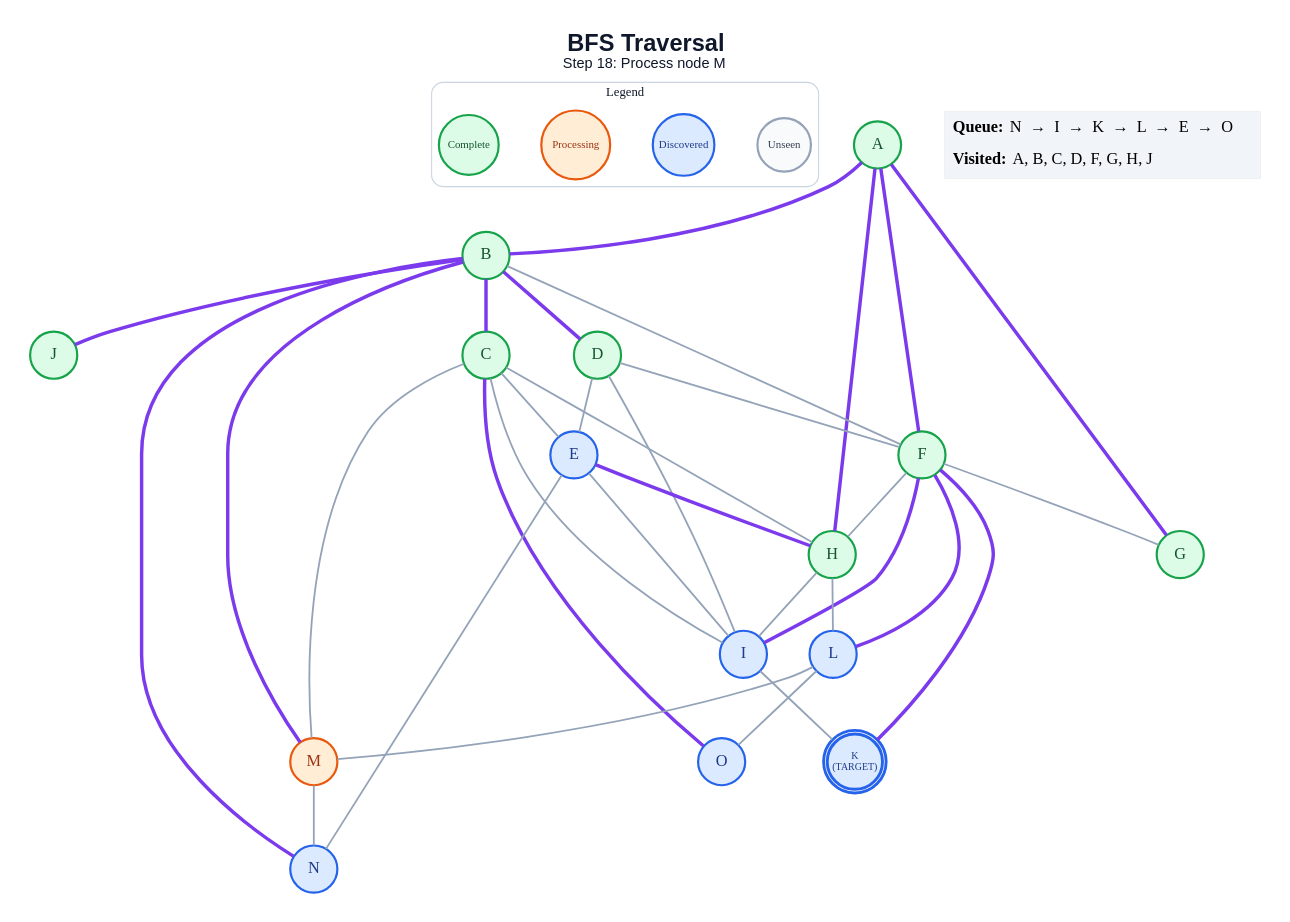
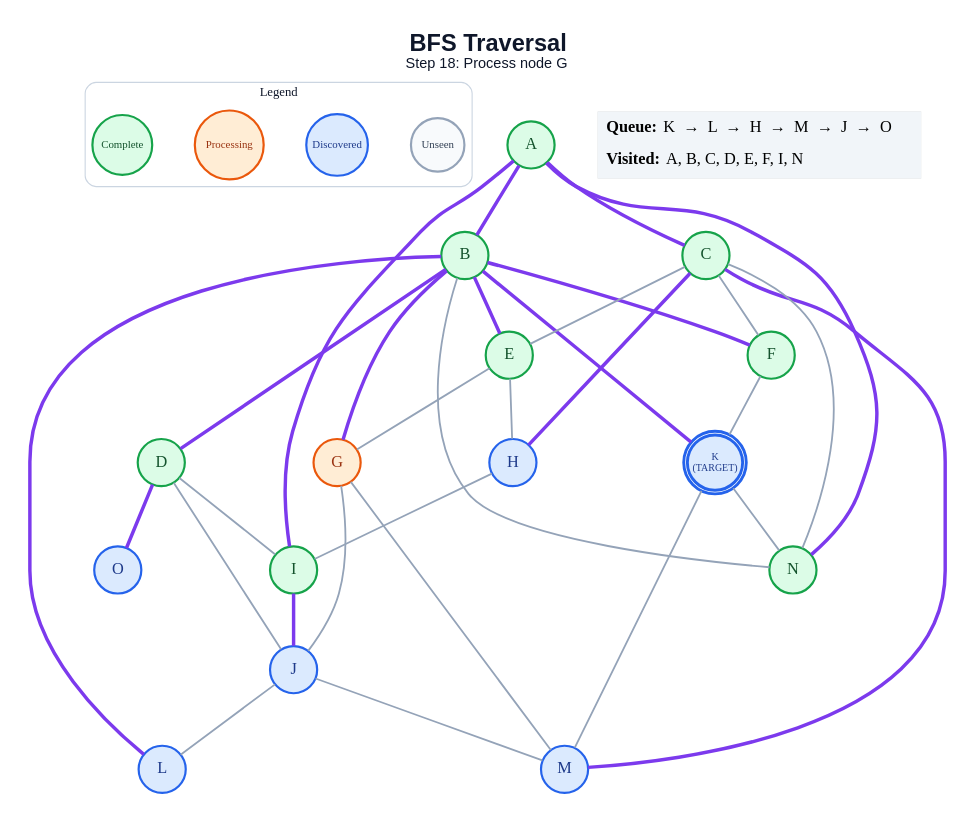
Before and after one commit to anon7238593-create/ai-slop: the diagram in generated/bfs/step_18.dot, drawn with Graphviz. The commit also changed 257 other files, not shown here.

```diff
--- a/generated/bfs/step_18.dot
+++ b/generated/bfs/step_18.dot
@@ -1,66 +1,64 @@
 graph traversal {
   graph [layout=dot, rankdir=TB, bgcolor="#FFFFFF", pad="0.35", nodesep="0.65", ranksep="0.8", fontname="Arial"];
   node [shape=circle, style="filled", fontname="Arial Bold", fontsize=18, width=0.72, fixedsize=true, penwidth=2.4];
   edge [color="#94A3B8", penwidth=2.0];
-  label=<<B>BFS Traversal</B><BR/><FONT POINT-SIZE="16">Step 18: Process node M</FONT>>; labelloc="t"; fontsize=26; fontname="Arial"; fontcolor="#0F172A";
+  label=<<B>BFS Traversal</B><BR/><FONT POINT-SIZE="16">Step 18: Process node G</FONT>>; labelloc="t"; fontsize=26; fontname="Arial"; fontcolor="#0F172A";
   subgraph cluster_legend { label="Legend"; color="#CBD5E1"; penwidth=1.2; style="rounded"; fontsize=14; fontname="Arial Bold";
     key_unseen [label="Unseen", fillcolor="#F8FAFC", color="#94A3B8", fontcolor="#334155", fontsize=12, width=0.82];
     key_frontier [label="Discovered", fillcolor="#DBEAFE", color="#2563EB", fontcolor="#1E3A8A", fontsize=12, width=0.95];
     key_current [label="Processing", fillcolor="#FFEDD5", color="#EA580C", fontcolor="#9A3412", fontsize=12, width=1.05];
     key_done [label="Complete", fillcolor="#DCFCE7", color="#16A34A", fontcolor="#14532D", fontsize=12, width=0.92];
     { rank=same; key_unseen; key_frontier; key_current; key_done; }
   }
   A [label="A", fillcolor="#DCFCE7", color="#16A34A", fontcolor="#14532D", peripheries=1, penwidth=2.4];
   B [label="B", fillcolor="#DCFCE7", color="#16A34A", fontcolor="#14532D", peripheries=1, penwidth=2.4];
   C [label="C", fillcolor="#DCFCE7", color="#16A34A", fontcolor="#14532D", peripheries=1, penwidth=2.4];
   D [label="D", fillcolor="#DCFCE7", color="#16A34A", fontcolor="#14532D", peripheries=1, penwidth=2.4];
-  E [label="E", fillcolor="#DBEAFE", color="#2563EB", fontcolor="#1E3A8A", peripheries=1, penwidth=2.4];
+  E [label="E", fillcolor="#DCFCE7", color="#16A34A", fontcolor="#14532D", peripheries=1, penwidth=2.4];
   F [label="F", fillcolor="#DCFCE7", color="#16A34A", fontcolor="#14532D", peripheries=1, penwidth=2.4];
-  G [label="G", fillcolor="#DCFCE7", color="#16A34A", fontcolor="#14532D", peripheries=1, penwidth=2.4];
-  H [label="H", fillcolor="#DCFCE7", color="#16A34A", fontcolor="#14532D", peripheries=1, penwidth=2.4];
-  I [label="I", fillcolor="#DBEAFE", color="#2563EB", fontcolor="#1E3A8A", peripheries=1, penwidth=2.4];
-  J [label="J", fillcolor="#DCFCE7", color="#16A34A", fontcolor="#14532D", peripheries=1, penwidth=2.4];
+  G [label="G", fillcolor="#FFEDD5", color="#EA580C", fontcolor="#9A3412", peripheries=1, penwidth=2.4];
+  H [label="H", fillcolor="#DBEAFE", color="#2563EB", fontcolor="#1E3A8A", peripheries=1, penwidth=2.4];
+  I [label="I", fillcolor="#DCFCE7", color="#16A34A", fontcolor="#14532D", peripheries=1, penwidth=2.4];
+  J [label="J", fillcolor="#DBEAFE", color="#2563EB", fontcolor="#1E3A8A", peripheries=1, penwidth=2.4];
   K [label="K\n(TARGET)", fillcolor="#DBEAFE", color="#2563EB", fontcolor="#1E3A8A", peripheries=2, penwidth=3.2, fontsize=11, width=0.85, height=0.85];
   L [label="L", fillcolor="#DBEAFE", color="#2563EB", fontcolor="#1E3A8A", peripheries=1, penwidth=2.4];
-  M [label="M", fillcolor="#FFEDD5", color="#EA580C", fontcolor="#9A3412", peripheries=1, penwidth=2.4];
-  N [label="N", fillcolor="#DBEAFE", color="#2563EB", fontcolor="#1E3A8A", peripheries=1, penwidth=2.4];
+  M [label="M", fillcolor="#DBEAFE", color="#2563EB", fontcolor="#1E3A8A", peripheries=1, penwidth=2.4];
+  N [label="N", fillcolor="#DCFCE7", color="#16A34A", fontcolor="#14532D", peripheries=1, penwidth=2.4];
   O [label="O", fillcolor="#DBEAFE", color="#2563EB", fontcolor="#1E3A8A", peripheries=1, penwidth=2.4];
   A -- B [color="#7C3AED", penwidth=3.8];
-  A -- F [color="#7C3AED", penwidth=3.8];
-  A -- G [color="#7C3AED", penwidth=3.8];
-  A -- H [color="#7C3AED", penwidth=3.8];
-  B -- C [color="#7C3AED", penwidth=3.8];
+  A -- C [color="#7C3AED", penwidth=3.8];
+  A -- I [color="#7C3AED", penwidth=3.8];
+  A -- N [color="#7C3AED", penwidth=3.8];
   B -- D [color="#7C3AED", penwidth=3.8];
-  B -- F;
-  B -- J [color="#7C3AED", penwidth=3.8];
-  B -- M [color="#7C3AED", penwidth=3.8];
-  B -- N [color="#7C3AED", penwidth=3.8];
+  B -- E [color="#7C3AED", penwidth=3.8];
+  B -- F [color="#7C3AED", penwidth=3.8];
+  B -- G [color="#7C3AED", penwidth=3.8];
+  B -- K [color="#7C3AED", penwidth=3.8];
+  B -- L [color="#7C3AED", penwidth=3.8];
+  B -- N;
   C -- E;
-  C -- H;
-  C -- I;
-  C -- M;
-  C -- O [color="#7C3AED", penwidth=3.8];
-  D -- E;
-  D -- F;
+  C -- F;
+  C -- H [color="#7C3AED", penwidth=3.8];
+  C -- M [color="#7C3AED", penwidth=3.8];
+  C -- N;
   D -- I;
-  E -- H [color="#7C3AED", penwidth=3.8];
-  E -- I;
-  E -- N;
-  F -- G;
-  F -- H;
-  F -- I [color="#7C3AED", penwidth=3.8];
-  F -- K [color="#7C3AED", penwidth=3.8];
-  F -- L [color="#7C3AED", penwidth=3.8];
+  D -- J;
+  D -- O [color="#7C3AED", penwidth=3.8];
+  E -- G;
+  E -- H;
+  F -- K;
+  G -- J;
+  G -- M;
   H -- I;
-  H -- L;
-  I -- K;
-  L -- M;
-  L -- O;
-  M -- N;
+  I -- J [color="#7C3AED", penwidth=3.8];
+  J -- L;
+  J -- M;
+  K -- M;
+  K -- N;
   status [shape=plain, fixedsize=false, width=0, height=0, margin=0, label=<
     <TABLE BORDER="0" CELLBORDER="0" CELLPADDING="7" BGCOLOR="#F1F5F9">
-      <TR><TD ALIGN="LEFT"><B>Queue:</B> N  →  I  →  K  →  L  →  E  →  O</TD></TR>
-      <TR><TD ALIGN="LEFT"><B>Visited:</B> A, B, C, D, F, G, H, J</TD></TR>
+      <TR><TD ALIGN="LEFT"><B>Queue:</B> K  →  L  →  H  →  M  →  J  →  O</TD></TR>
+      <TR><TD ALIGN="LEFT"><B>Visited:</B> A, B, C, D, E, F, I, N</TD></TR>
     </TABLE>
   >];
 }
```
